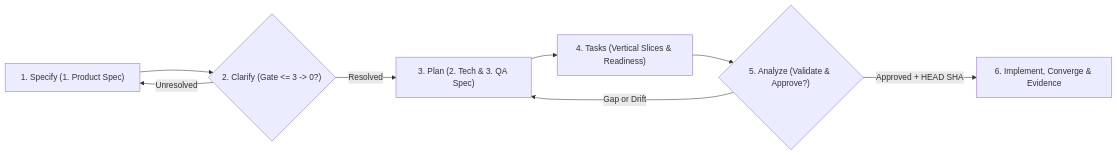
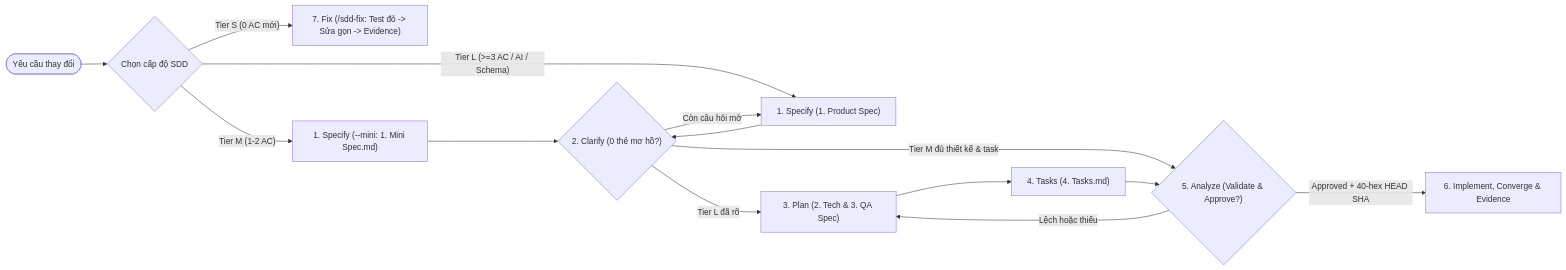
One commit to thinh1995/blueprint-ai changed the diagram in docs/current/00 - Onboarding/6. Spec-Driven Feature Prompts.md. Above: the diagram before and after it, drawn with Mermaid. The commit also changed other lines of this file and 63 other files, not shown here.

Commit message:
feat(v0.6.0): ship 8-runtime Python installer engine, 3-tier SDD, and bilingual vault

````diff
--- a/docs/current/00 - Onboarding/6. Spec-Driven Feature Prompts.md
+++ b/docs/current/00 - Onboarding/6. Spec-Driven Feature Prompts.md
@@ -26,10 +42,16 @@
 ```mermaid
 flowchart LR
-  S1["1. Specify (1. Product Spec)"] --> S2{"2. Clarify (Gate <= 3 -> 0?)"}
-  S2 -->|Unresolved| S1
-  S2 -->|Resolved| S3["3. Plan (2. Tech & 3. QA Spec)"]
-  S3 --> S4["4. Tasks (Vertical Slices & Readiness)"]
-  S4 --> S5{"5. Analyze (Validate & Approve?)"}
-  S5 -->|Gap or Drift| S3
-  S5 -->|Approved + HEAD SHA| S6["6. Implement, Converge & Evidence"]
+  Start(["Yêu cầu thay đổi"]) --> Tier{"Chọn cấp độ SDD"}
+  Tier -->|"Tier S (0 AC mới)"| Fix["7. Fix (/sdd-fix: Test đỏ -> Sửa gọn -> Evidence)"]
+  Tier -->|"Tier M (1-2 AC)"| Mini["1. Specify (--mini: 1. Mini Spec.md)"]
+  Tier -->|"Tier L (>=3 AC / AI / Schema)"| S1["1. Specify (1. Product Spec)"]
+  Mini --> S2{"2. Clarify (0 thẻ mơ hồ?)"}
+  S1 --> S2
+  S2 -->|"Còn câu hỏi mở"| S1
+  S2 -->|"Tier L đã rõ"| S3["3. Plan (2. Tech & 3. QA Spec)"]
+  S3 --> S4["4. Tasks (4. Tasks.md)"]
+  S2 -->|"Tier M đủ thiết kế & task"| S5{"5. Analyze (Validate & Approve?)"}
+  S4 --> S5
+  S5 -->|"Lệch hoặc thiếu"| S3
+  S5 -->|"Approved + 40-hex HEAD SHA"| S6["6. Implement, Converge & Evidence"]
 ```
````
